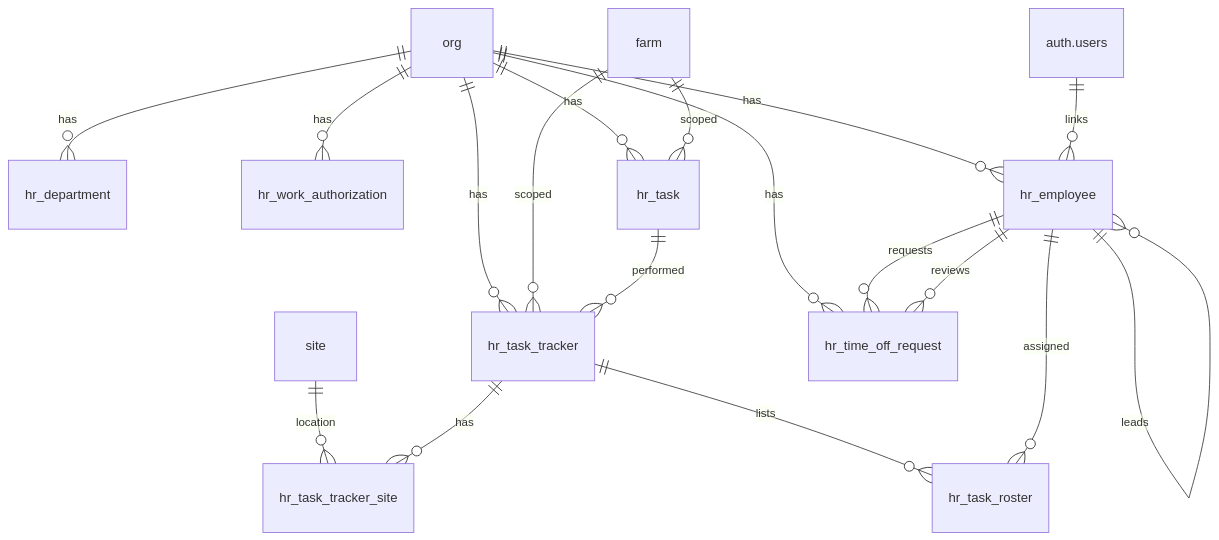
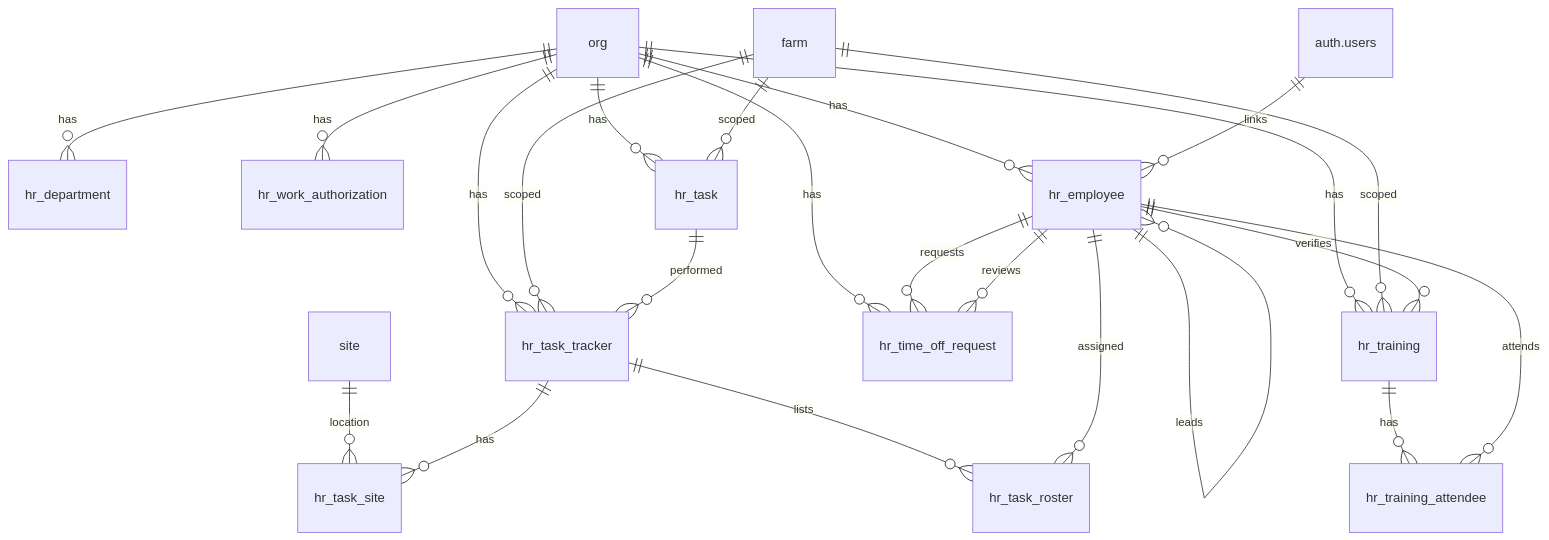
The diagram in docs/schemas/20260317_03_hr.md (Hawaii-Farming/aloha-app), drawn with Mermaid before and after one commit. The commit also changed other lines of this file and 24 other files, not shown here.

````diff
--- a/docs/schemas/20260317_03_hr.md
+++ b/docs/schemas/20260317_03_hr.md
@@ -9,20 +9,25 @@
 ```mermaid
 erDiagram
     org ||--o{ hr_department : has
     org ||--o{ hr_work_authorization : has
     org ||--o{ hr_task : has
     farm ||--o{ hr_task : scoped
     org ||--o{ hr_employee : has
     auth.users ||--o{ hr_employee : links
     hr_employee ||--o{ hr_employee : leads
     org ||--o{ hr_task_tracker : has
     farm ||--o{ hr_task_tracker : scoped
-    site ||--o{ hr_task_tracker_site : location
-    hr_task_tracker ||--o{ hr_task_tracker_site : has
+    site ||--o{ hr_task_site : location
+    hr_task_tracker ||--o{ hr_task_site : has
     hr_task ||--o{ hr_task_tracker : performed
     hr_task_tracker ||--o{ hr_task_roster : lists
     hr_employee ||--o{ hr_task_roster : assigned
     org ||--o{ hr_time_off_request : has
     hr_employee ||--o{ hr_time_off_request : requests
     hr_employee ||--o{ hr_time_off_request : reviews
+    org ||--o{ hr_training : has
+    farm ||--o{ hr_training : scoped
+    hr_employee ||--o{ hr_training : verifies
+    hr_training ||--o{ hr_training_attendee : has
+    hr_employee ||--o{ hr_training_attendee : attends
 ```
````
